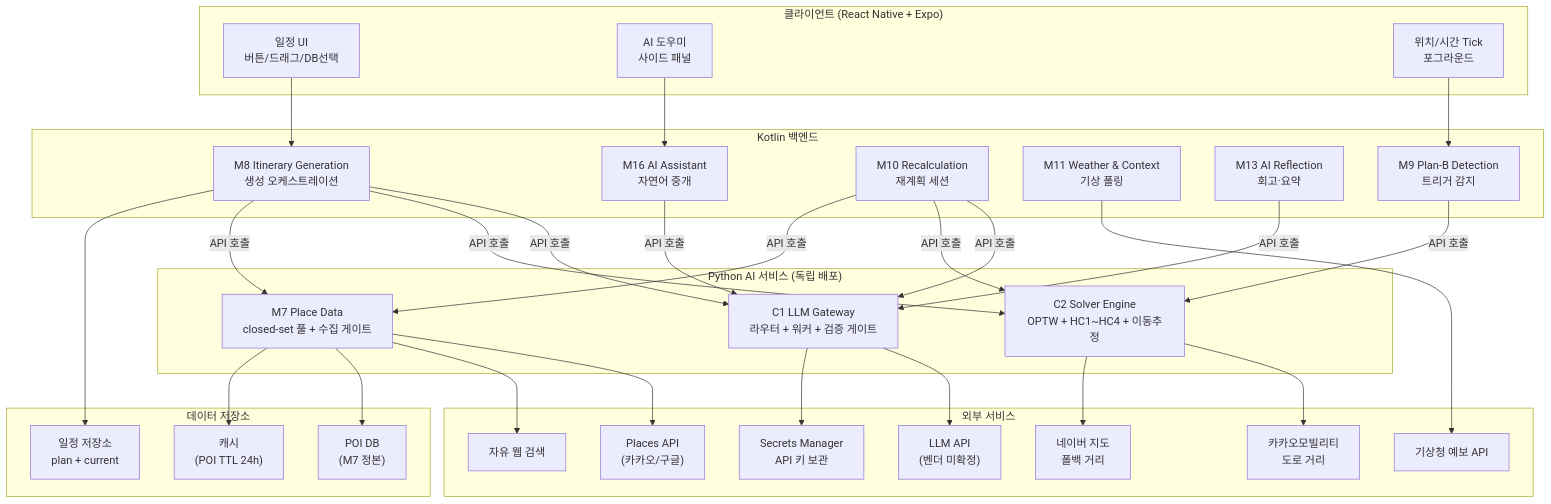
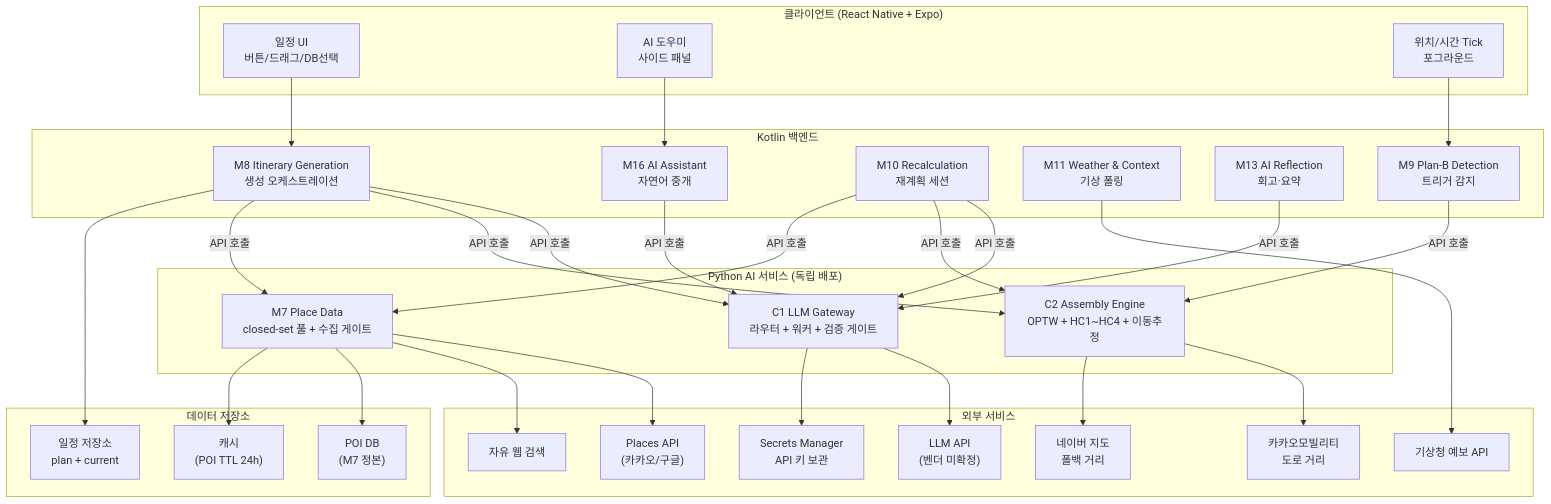
Before and after one commit to ASM-TripPilot/trippilot: the first of 2 diagrams in ai/aidlc-docs/inception/reverse-engineering/architecture.md, drawn with Mermaid. The commit also changed other lines of this file and 148 other files, not shown here.

````diff
--- a/ai/aidlc-docs/inception/reverse-engineering/architecture.md
+++ b/ai/aidlc-docs/inception/reverse-engineering/architecture.md
@@ -9,64 +9,64 @@
 ```mermaid
 flowchart TD
     subgraph Client["클라이언트 (React Native + Expo)"]
         UI["일정 UI\n버튼/드래그/DB선택"]
         CHAT["AI 도우미\n사이드 패널"]
         LOC["위치/시간 Tick\n포그라운드"]
     end
 
     subgraph KotlinBE["Kotlin 백엔드"]
         M8["M8 Itinerary Generation\n생성 오케스트레이션"]
         M9["M9 Plan-B Detection\n트리거 감지"]
         M10["M10 Recalculation\n재계획 세션"]
         M11["M11 Weather & Context\n기상 폴링"]
         M13["M13 AI Reflection\n회고·요약"]
         M16["M16 AI Assistant\n자연어 중개"]
     end
 
     subgraph PythonAI["Python AI 서비스 (독립 배포)"]
         C1["C1 LLM Gateway\n라우터 + 워커 + 검증 게이트"]
-        C2["C2 Solver Engine\nOPTW + HC1~HC4 + 이동추정"]
+        C2["C2 Assembly Engine\nOPTW + HC1~HC4 + 이동추정"]
         M7["M7 Place Data\nclosed-set 풀 + 수집 게이트"]
     end
 
     subgraph External["외부 서비스"]
         LLM["LLM API\n(벤더 미확정)"]
         KAKAO["카카오모빌리티\n도로 거리"]
         NAVER["네이버 지도\n폴백 거리"]
         PLACES["Places API\n(카카오/구글)"]
         WEB["자유 웹 검색"]
         WEATHER["기상청 예보 API"]
         SM["Secrets Manager\nAPI 키 보관"]
     end
 
     subgraph DataStore["데이터 저장소"]
         DB["POI DB\n(M7 정본)"]
         ITIN["일정 저장소\nplan + current"]
         CACHE["캐시\n(POI TTL 24h)"]
     end
 
     UI --> M8
     CHAT --> M16
     LOC --> M9
 
     M16 -->|"API 호출"| C1
     M8 -->|"API 호출"| C1
     M8 -->|"API 호출"| C2
     M8 -->|"API 호출"| M7
     M9 -->|"API 호출"| C2
     M10 -->|"API 호출"| C1
     M10 -->|"API 호출"| C2
     M10 -->|"API 호출"| M7
     M13 -->|"API 호출"| C1
     M11 --> WEATHER
 
     C1 --> LLM
     C1 --> SM
     C2 --> KAKAO
     C2 --> NAVER
     M7 --> PLACES
     M7 --> WEB
     M7 --> DB
     M7 --> CACHE
     M8 --> ITIN
 ```
````
